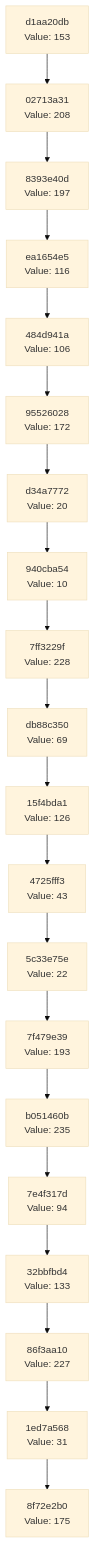
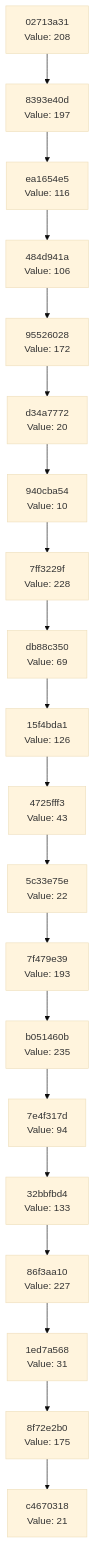
The diagram in docs/CHAIN_VISUALIZATION.md (Abhisheksinha1506/hash-chain-evolver), drawn with Mermaid (base theme) before and after one commit. The commit also changed 2 other files, not shown here.

Commit message:
Evolution Step

````diff
--- a/docs/CHAIN_VISUALIZATION.md
+++ b/docs/CHAIN_VISUALIZATION.md
@@ -3,42 +3,42 @@
 ```mermaid
 graph TD
-    C0["8f72e2b0<br/>Value: 175"]
-    C1["1ed7a568<br/>Value: 31"]
+    C0["c4670318<br/>Value: 21"]
+    C1["8f72e2b0<br/>Value: 175"]
     C1 --> C0
-    C2["86f3aa10<br/>Value: 227"]
+    C2["1ed7a568<br/>Value: 31"]
     C2 --> C1
-    C3["32bbfbd4<br/>Value: 133"]
+    C3["86f3aa10<br/>Value: 227"]
     C3 --> C2
-    C4["7e4f317d<br/>Value: 94"]
+    C4["32bbfbd4<br/>Value: 133"]
     C4 --> C3
-    C5["b051460b<br/>Value: 235"]
+    C5["7e4f317d<br/>Value: 94"]
     C5 --> C4
-    C6["7f479e39<br/>Value: 193"]
+    C6["b051460b<br/>Value: 235"]
     C6 --> C5
-    C7["5c33e75e<br/>Value: 22"]
+    C7["7f479e39<br/>Value: 193"]
     C7 --> C6
-    C8["4725fff3<br/>Value: 43"]
+    C8["5c33e75e<br/>Value: 22"]
     C8 --> C7
-    C9["15f4bda1<br/>Value: 126"]
+    C9["4725fff3<br/>Value: 43"]
     C9 --> C8
-    C10["db88c350<br/>Value: 69"]
+    C10["15f4bda1<br/>Value: 126"]
     C10 --> C9
-    C11["7ff3229f<br/>Value: 228"]
+    C11["db88c350<br/>Value: 69"]
     C11 --> C10
-    C12["940cba54<br/>Value: 10"]
+    C12["7ff3229f<br/>Value: 228"]
     C12 --> C11
-    C13["d34a7772<br/>Value: 20"]
+    C13["940cba54<br/>Value: 10"]
     C13 --> C12
-    C14["95526028<br/>Value: 172"]
+    C14["d34a7772<br/>Value: 20"]
     C14 --> C13
-    C15["484d941a<br/>Value: 106"]
+    C15["95526028<br/>Value: 172"]
     C15 --> C14
-    C16["ea1654e5<br/>Value: 116"]
+    C16["484d941a<br/>Value: 106"]
     C16 --> C15
-    C17["8393e40d<br/>Value: 197"]
+    C17["ea1654e5<br/>Value: 116"]
     C17 --> C16
-    C18["02713a31<br/>Value: 208"]
+    C18["8393e40d<br/>Value: 197"]
     C18 --> C17
-    C19["d1aa20db<br/>Value: 153"]
+    C19["02713a31<br/>Value: 208"]
     C19 --> C18
 ```
````
